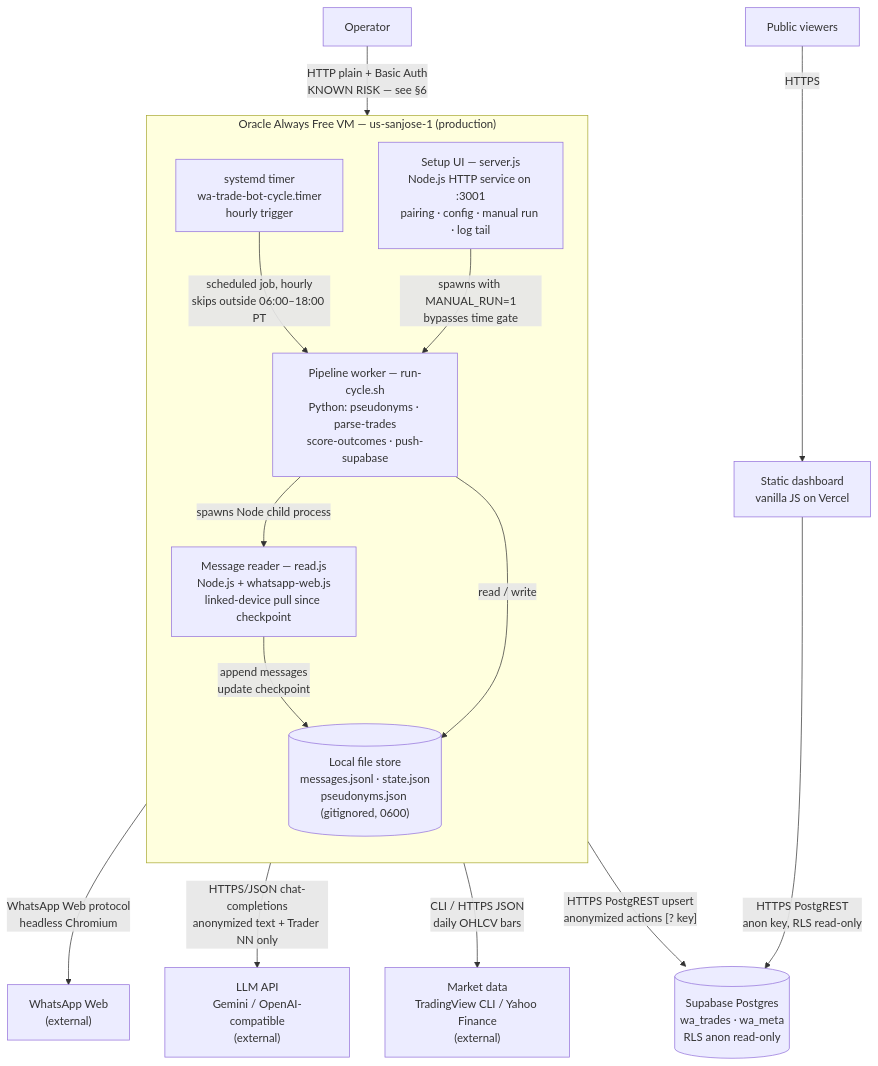
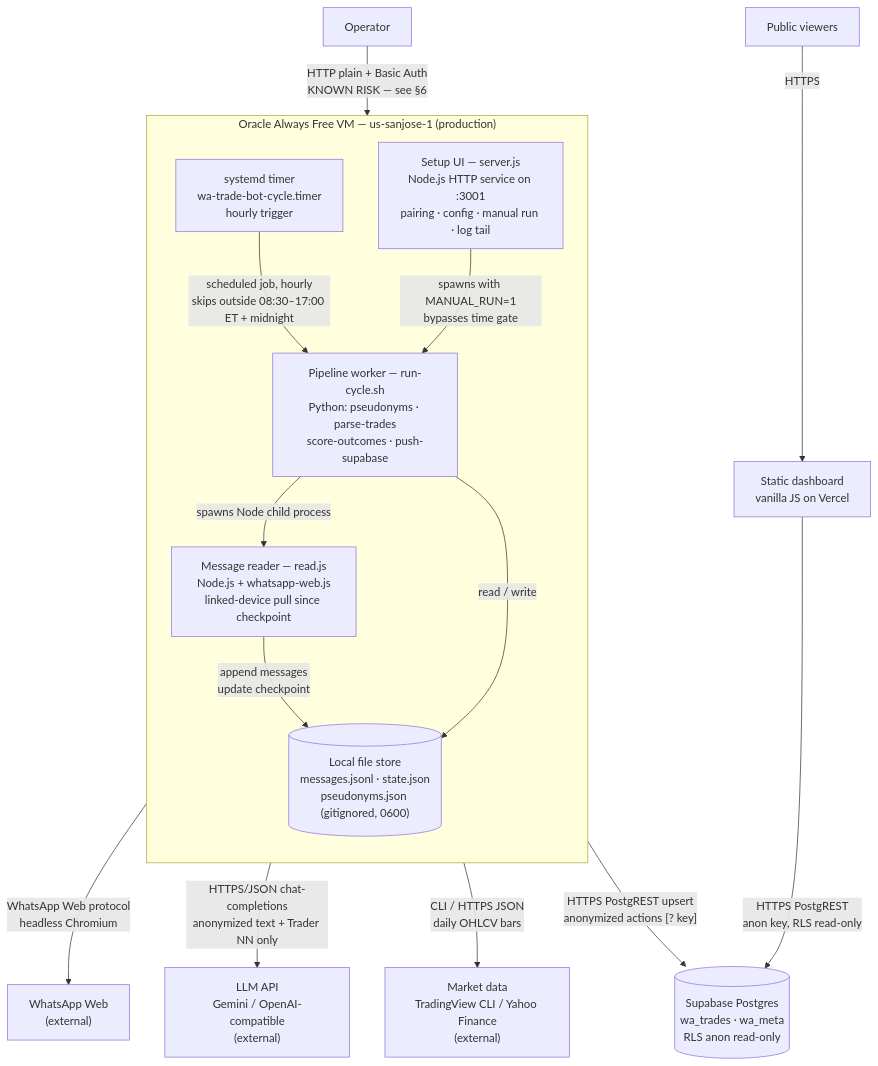
The second of 6 diagrams in docs/architecture.md (vibhortayal/wa-trade-bot), drawn with Mermaid before and after one commit. The commit also changed other lines of this file and 9 other files, not shown here.

First line of the commit message:
Schedule: hourly 08:30-17:00 ET + midnight ET catch-up run

````diff
--- a/docs/architecture.md
+++ b/docs/architecture.md
@@ -43,31 +43,31 @@
 ```mermaid
 flowchart TB
     subgraph VM["Oracle Always Free VM — us-sanjose-1 (production)"]
         direction TB
         TIMER["systemd timer<br/>wa-trade-bot-cycle.timer<br/>hourly trigger"]
         UI["Setup UI — server.js<br/>Node.js HTTP service on :3001<br/>pairing · config · manual run · log tail"]
         READER["Message reader — read.js<br/>Node.js + whatsapp-web.js<br/>linked-device pull since checkpoint"]
         PIPE["Pipeline worker — run-cycle.sh<br/>Python: pseudonyms · parse-trades<br/>score-outcomes · push-supabase"]
         FILES[("Local file store<br/>messages.jsonl · state.json<br/>pseudonyms.json (gitignored, 0600)")]
     end
     WA["WhatsApp Web<br/>(external)"]
     LLM["LLM API<br/>Gemini / OpenAI-compatible<br/>(external)"]
     MD["Market data<br/>TradingView CLI / Yahoo Finance<br/>(external)"]
     SB[("Supabase Postgres<br/>wa_trades · wa_meta<br/>RLS anon read-only")]
     WEB["Static dashboard<br/>vanilla JS on Vercel"]
     OP["Operator"]
     PUB["Public viewers"]
 
-    TIMER -->|"scheduled job, hourly<br/>skips outside 06:00–18:00 PT"| PIPE
+    TIMER -->|"scheduled job, hourly<br/>skips outside 08:30–17:00 ET + midnight"| PIPE
     PIPE -->|"spawns Node child process"| READER
     UI -->|"spawns with MANUAL_RUN=1<br/>bypasses time gate"| PIPE
     OP -->|"HTTP plain + Basic Auth<br/>KNOWN RISK — see §6"| UI
     READER -->|"WhatsApp Web protocol<br/>headless Chromium"| WA
     READER -->|"append messages<br/>update checkpoint"| FILES
     PIPE -->|"read / write"| FILES
     PIPE -->|"HTTPS/JSON chat-completions<br/>anonymized text + Trader NN only"| LLM
     PIPE -->|"CLI / HTTPS JSON<br/>daily OHLCV bars"| MD
     PIPE -->|"HTTPS PostgREST upsert<br/>anonymized actions [? key]"| SB
     WEB -->|"HTTPS PostgREST<br/>anon key, RLS read-only"| SB
     PUB -->|"HTTPS"| WEB
 ```
````
